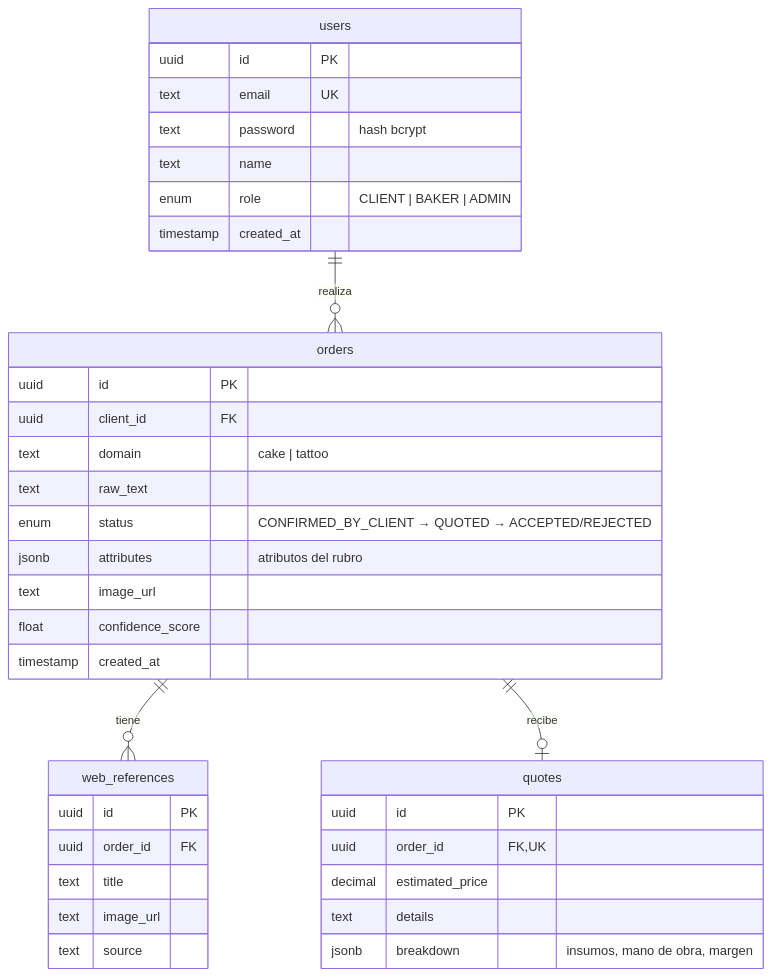
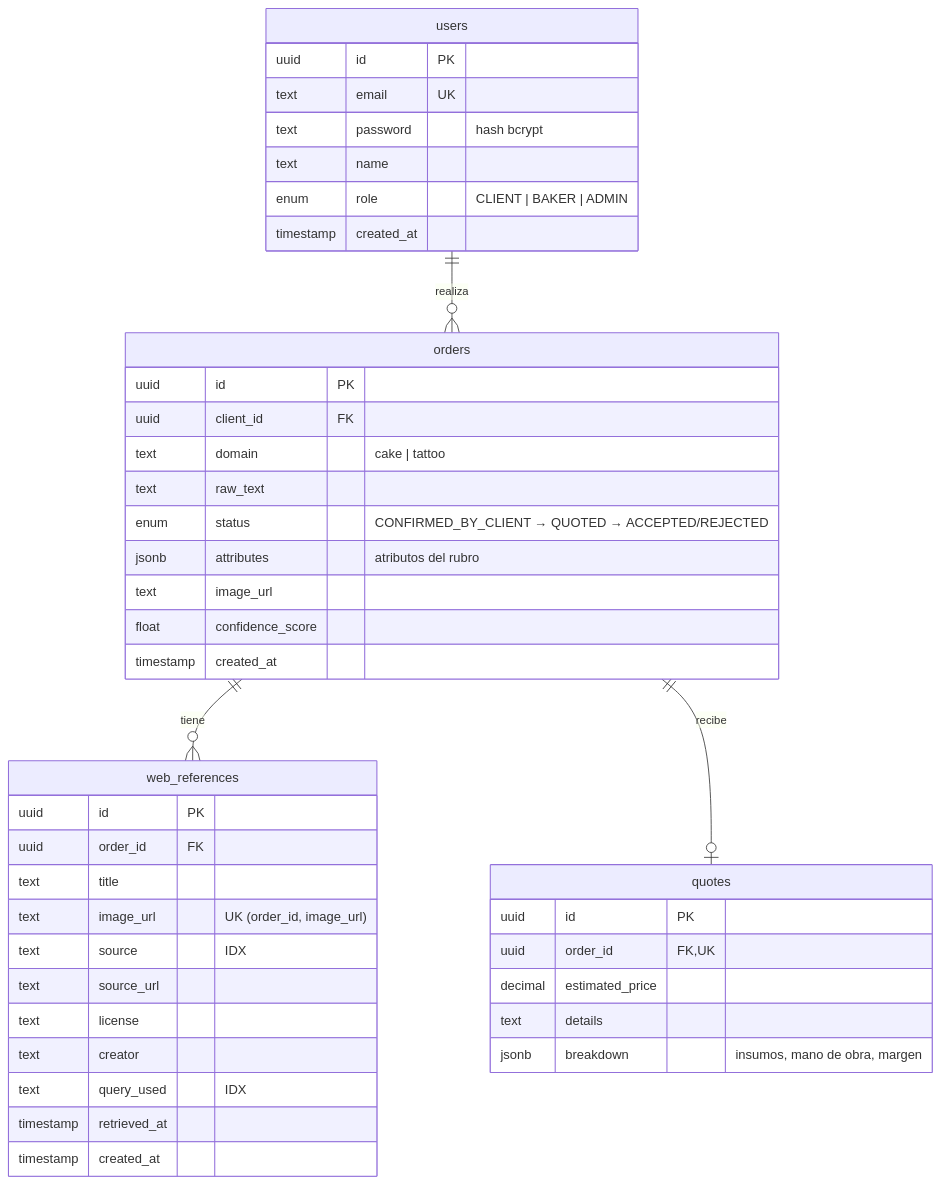
The fourth of 6 diagrams in docs/arquitectura.md (inddigo/ProyectoIngWeb), drawn with Mermaid before and after one commit. The commit also changed other lines of this file and 26 other files, not shown here.

````diff
--- a/docs/arquitectura.md
+++ b/docs/arquitectura.md
@@ -94,40 +95,46 @@
 ```mermaid
 erDiagram
     users ||--o{ orders : "realiza"
     orders ||--o{ web_references : "tiene"
     orders ||--o| quotes : "recibe"
 
     users {
         uuid id PK
         text email UK
         text password "hash bcrypt"
         text name
         enum role "CLIENT | BAKER | ADMIN"
         timestamp created_at
     }
     orders {
         uuid id PK
         uuid client_id FK
         text domain "cake | tattoo"
         text raw_text
         enum status "CONFIRMED_BY_CLIENT → QUOTED → ACCEPTED/REJECTED"
         jsonb attributes "atributos del rubro"
         text image_url
         float confidence_score
         timestamp created_at
     }
     web_references {
         uuid id PK
         uuid order_id FK
         text title
-        text image_url
-        text source
+        text image_url "UK (order_id, image_url)"
+        text source "IDX"
+        text source_url
+        text license
+        text creator
+        text query_used "IDX"
+        timestamp retrieved_at
+        timestamp created_at
     }
     quotes {
         uuid id PK
         uuid order_id FK,UK
         decimal estimated_price
         text details
         jsonb breakdown "insumos, mano de obra, margen"
     }
 ```
````
